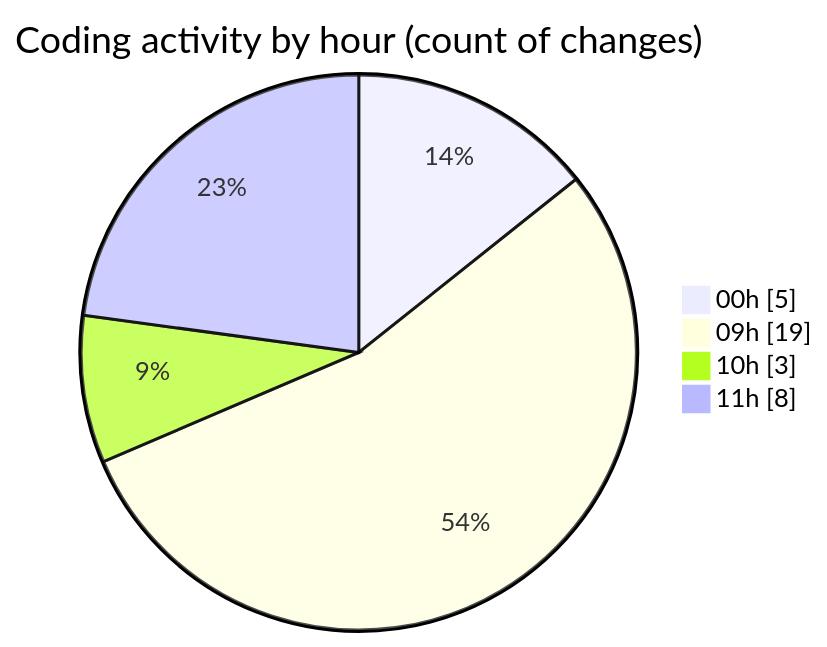
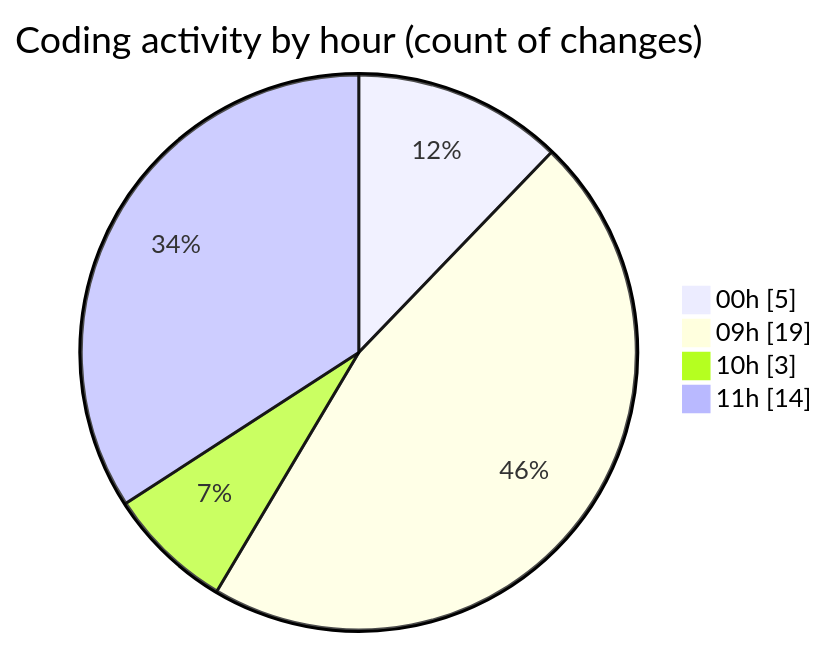
Before and after one commit to julien-gomy/code-tracking: the second of 2 diagrams in 2025-11-19/eventscop-frontend-guide__workspace_/README.md, drawn with Mermaid. The commit also changed other lines of this file and 1 other file, not shown here.

````diff
--- a/2025-11-19/eventscop-frontend-guide__workspace_/README.md
+++ b/2025-11-19/eventscop-frontend-guide__workspace_/README.md
@@ -42,8 +44,8 @@
 ```mermaid
 pie showData
 title Coding activity by hour (count of changes)
 "00h" : 5
 "09h" : 19
 "10h" : 3
-"11h" : 8
+"11h" : 14
 ```
````
